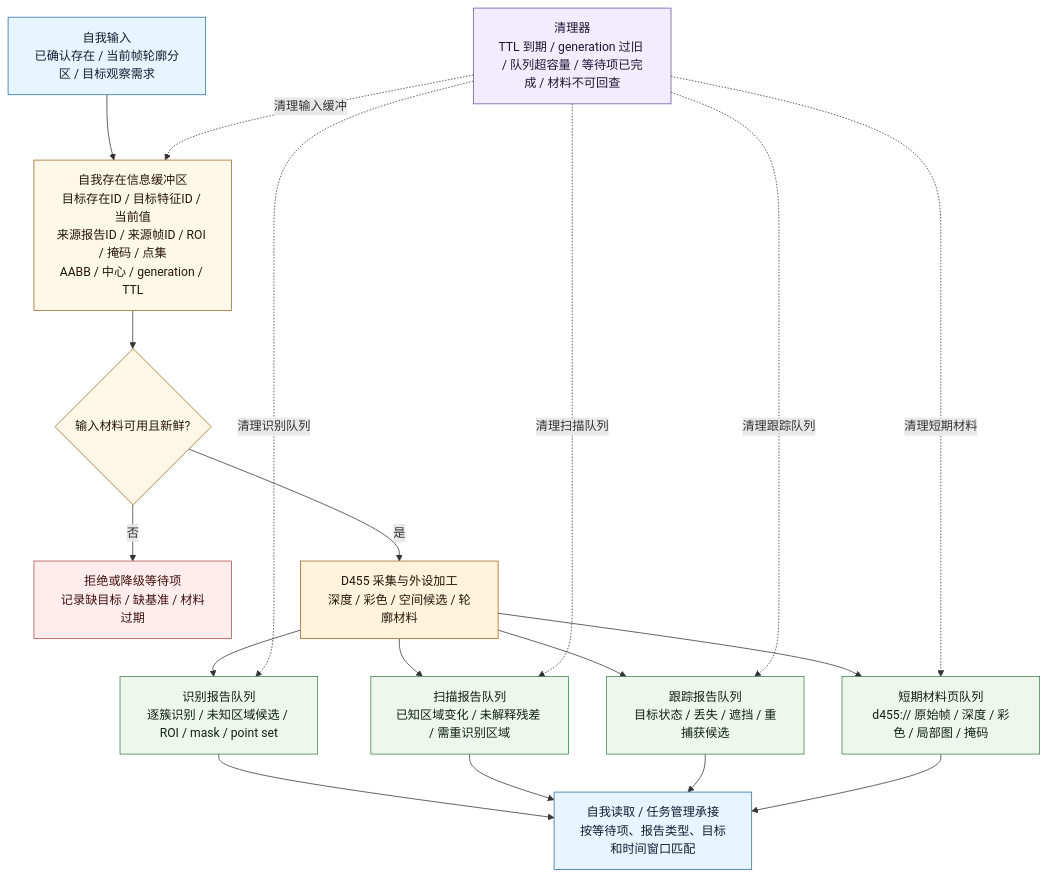
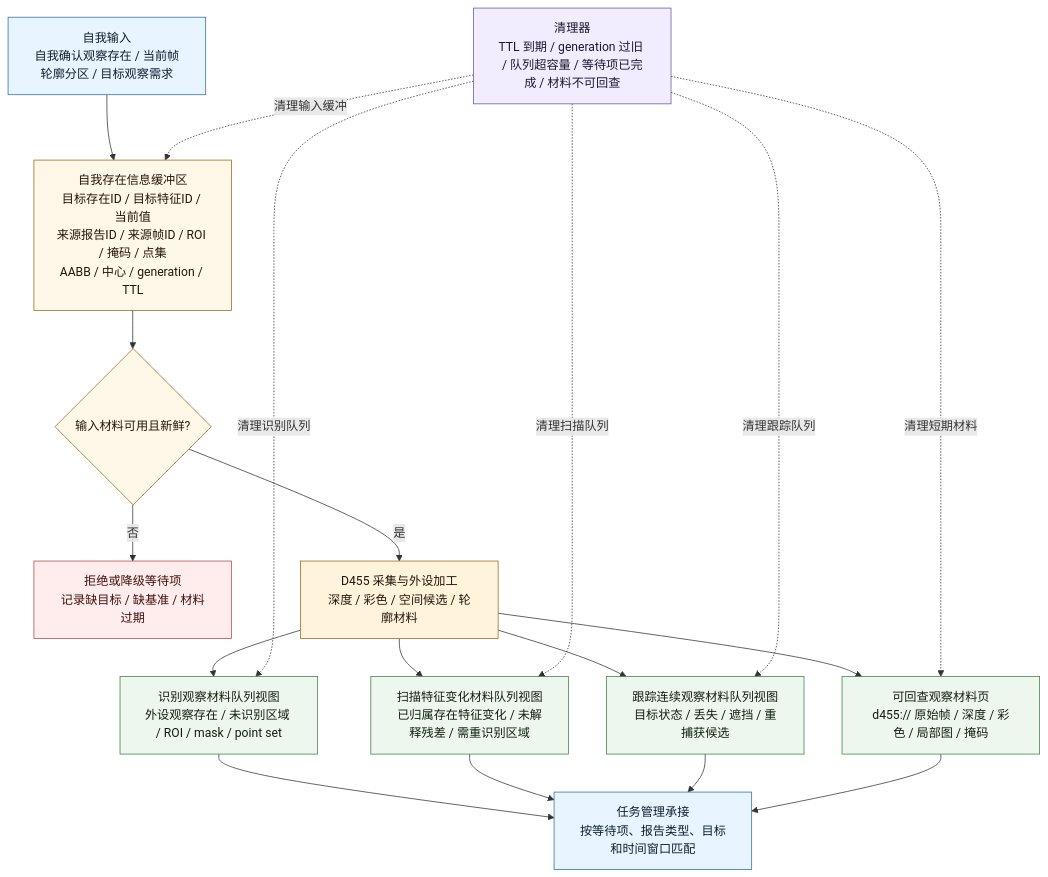
One commit to chunhaizh-cyber/Birthplace-of-digital-civilization changed the second of 3 diagrams in 流程图/20260606_自我外设交互流程图_v0.1.md. Above: the diagram before and after it, drawn with Mermaid. The commit also changed other lines of this file and 7 other files, not shown here.

Commit message:
修订外设流程图正式承接口径

````diff
--- a/流程图/20260606_自我外设交互流程图_v0.1.md
+++ b/流程图/20260606_自我外设交互流程图_v0.1.md
@@ -142,41 +142,41 @@
 ```mermaid
 flowchart TB
-    A["自我输入<br/>已确认存在 / 当前帧轮廓分区 / 目标观察需求"]
+    A["自我输入<br/>自我确认观察存在 / 当前帧轮廓分区 / 目标观察需求"]
     B["自我存在信息缓冲区<br/>目标存在ID / 目标特征ID / 当前值<br/>来源报告ID / 来源帧ID / ROI / 掩码 / 点集<br/>AABB / 中心 / generation / TTL"]
     C{"输入材料可用且新鲜?"}
     D["拒绝或降级等待项<br/>记录缺目标 / 缺基准 / 材料过期"]
     E["D455 采集与外设加工<br/>深度 / 彩色 / 空间候选 / 轮廓材料"]
-    F["识别报告队列<br/>逐簇识别 / 未知区域候选 / ROI / mask / point set"]
-    G["扫描报告队列<br/>已知区域变化 / 未解释残差 / 需重识别区域"]
-    H["跟踪报告队列<br/>目标状态 / 丢失 / 遮挡 / 重捕获候选"]
-    I["短期材料页队列<br/>d455:// 原始帧 / 深度 / 彩色 / 局部图 / 掩码"]
-    J["自我读取 / 任务管理承接<br/>按等待项、报告类型、目标和时间窗口匹配"]
+    F["识别观察材料队列视图<br/>外设观察存在 / 未识别区域 / ROI / mask / point set"]
+    G["扫描特征变化材料队列视图<br/>已归属存在特征变化 / 未解释残差 / 需重识别区域"]
+    H["跟踪连续观察材料队列视图<br/>目标状态 / 丢失 / 遮挡 / 重捕获候选"]
+    I["可回查观察材料页<br/>d455:// 原始帧 / 深度 / 彩色 / 局部图 / 掩码"]
+    J["任务管理承接<br/>按等待项、报告类型、目标和时间窗口匹配"]
     K["清理器<br/>TTL 到期 / generation 过旧 / 队列超容量 / 等待项已完成 / 材料不可回查"]
 
     A --> B --> C
     C -->|否| D
     C -->|是| E
     E --> F --> J
     E --> G --> J
     E --> H --> J
     E --> I --> J
     K -.清理输入缓冲.-> B
     K -.清理识别队列.-> F
     K -.清理扫描队列.-> G
     K -.清理跟踪队列.-> H
     K -.清理短期材料.-> I
 
     classDef self fill:#e8f4ff,stroke:#2f6f9f,color:#102030;
     classDef buffer fill:#fff8e8,stroke:#9a6a1a,color:#24160a;
     classDef d455 fill:#fff3dc,stroke:#a0671e,color:#24160a;
     classDef queue fill:#eef7ed,stroke:#3f7f4f,color:#102010;
     classDef cleaner fill:#f1edff,stroke:#6c56a4,color:#1d1730;
     classDef gap fill:#ffecec,stroke:#b84a4a,color:#401111;
 
     class A,J self;
     class B,C buffer;
     class E d455;
     class F,G,H,I queue;
     class K cleaner;
     class D gap;
 ```
````
